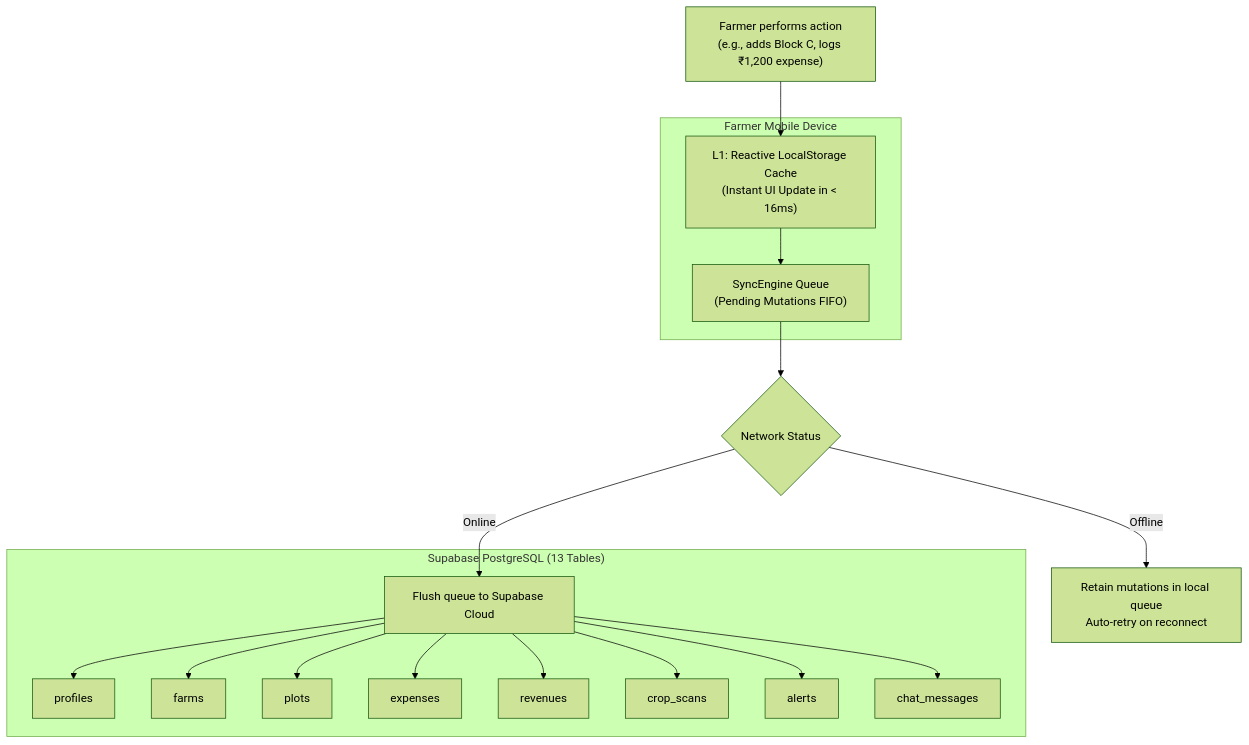
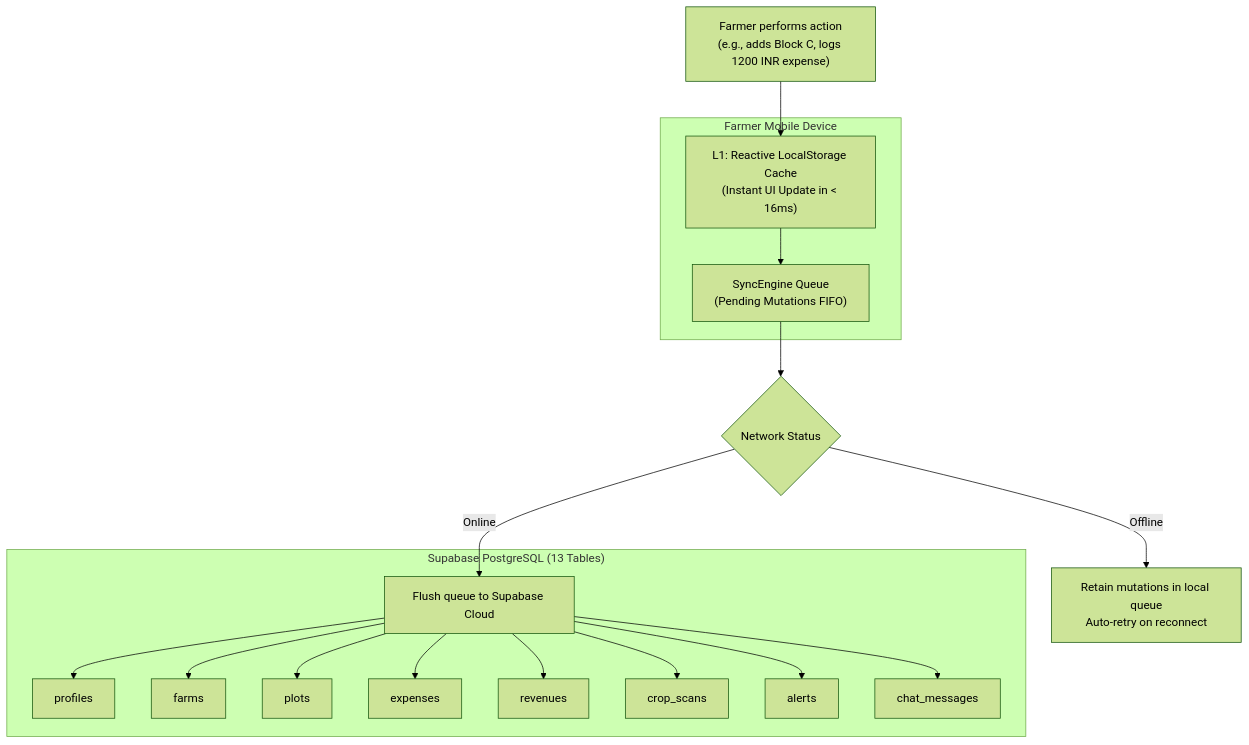
One commit to Xcoder-69/HACKFORGE changed the sixth of 6 diagrams in APP_STRUCTURE.md. Above: the diagram before and after it, drawn with Mermaid (forest theme). The commit also changed other lines of this file and 3 other files, not shown here.

````diff
--- a/APP_STRUCTURE.md
+++ b/APP_STRUCTURE.md
@@ -276,25 +276,25 @@
 ```mermaid
 flowchart TD
-    UserAction["Farmer performs action\n(e.g., adds Block C, logs ₹1,200 expense)"] --> L1Cache
+    UserAction["Farmer performs action\n(e.g., adds Block C, logs 1200 INR expense)"] --> L1Cache
 
     subgraph Device ["Farmer Mobile Device"]
         L1Cache["L1: Reactive LocalStorage Cache\n(Instant UI Update in < 16ms)"]
         SyncQueue["SyncEngine Queue\n(Pending Mutations FIFO)"]
         L1Cache --> SyncQueue
     end
 
     SyncQueue --> NetCheck{"Network Status"}
     NetCheck -->|Offline| Stay["Retain mutations in local queue\nAuto-retry on reconnect"]
     NetCheck -->|Online| CloudSync["Flush queue to Supabase Cloud"]
 
     subgraph Cloud ["Supabase PostgreSQL (13 Tables)"]
         CloudSync --> T1["profiles"]
         CloudSync --> T2["farms"]
         CloudSync --> T3["plots"]
         CloudSync --> T4["expenses"]
         CloudSync --> T5["revenues"]
         CloudSync --> T6["crop_scans"]
         CloudSync --> T7["alerts"]
         CloudSync --> T8["chat_messages"]
     end
 ```
````
